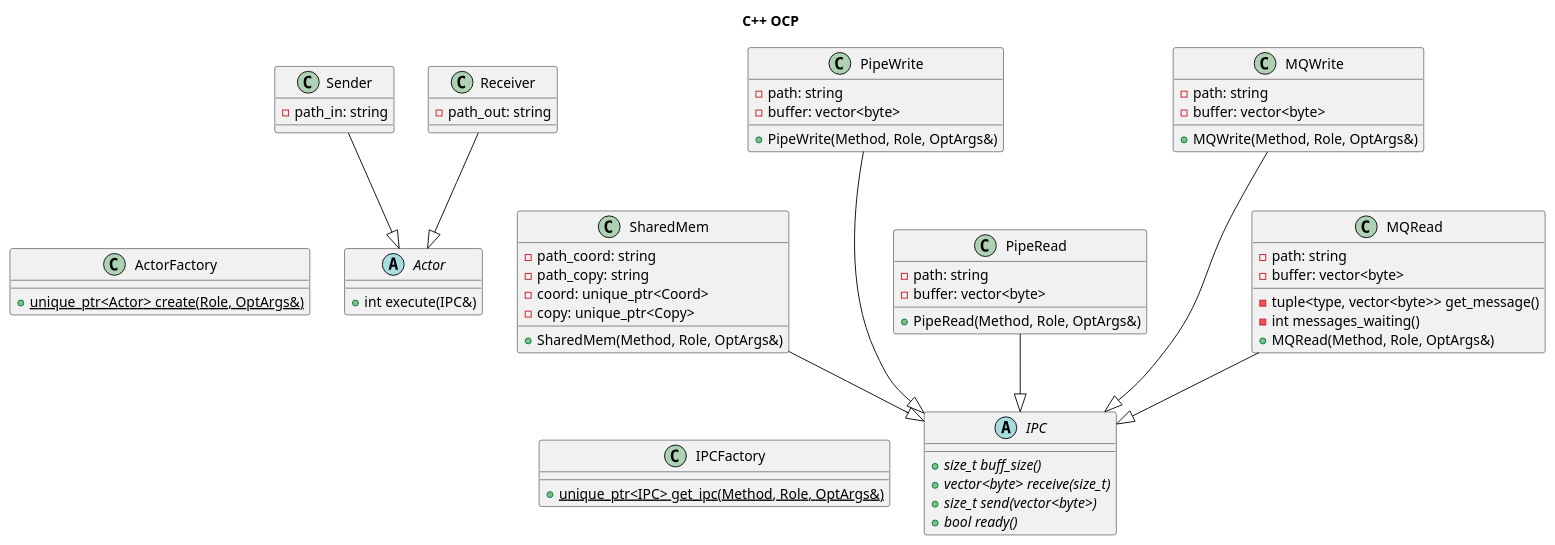
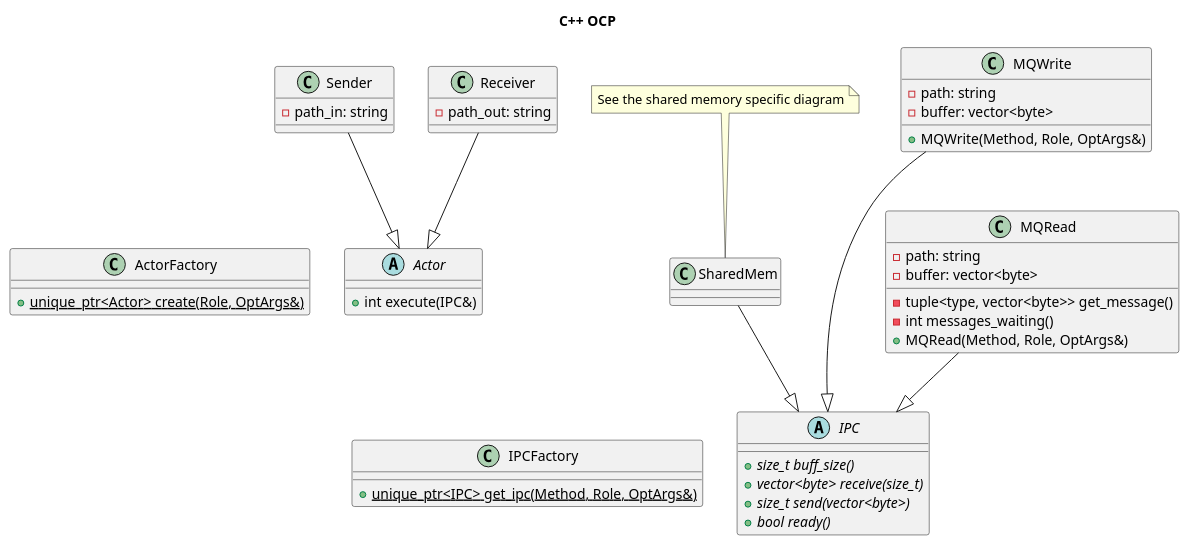
The diagram in docs/plantuml/basic.puml (LorenzoRuffati/oop-ocp-cpp), drawn with PlantUML before and after one commit. The commit also changed other lines of this file and 6 other files, not shown here.

Commit message:
Refine uml diagrams and add links to planttext

```diff
--- a/docs/plantuml/basic.puml
+++ b/docs/plantuml/basic.puml
@@ -1,72 +2,55 @@
 @startuml basic classes
 
 title C++ OCP
 
 abstract class Actor {
   +int execute(IPC&)
 }
 
 abstract class IPC {
   {abstract} +size_t buff_size()
   {abstract} +vector<byte> receive(size_t)
   {abstract} +size_t send(vector<byte>)
   {abstract} +bool ready()
 }
 
 
 class SharedMem{
-    -path_coord: string
-    -path_copy: string
-    -coord: unique_ptr<Coord>
-    -copy: unique_ptr<Copy>
-    +SharedMem(Method, Role, OptArgs&)
 }
-class PipeRead{
-    -path: string
-    -buffer: vector<byte>
-    +PipeRead(Method, Role, OptArgs&)
-}
-class PipeWrite{
-    -path: string
-    -buffer: vector<byte>
-    +PipeWrite(Method, Role, OptArgs&)
-}
+note top: See the shared memory specific diagram
 class MQRead {
     -path: string
     -buffer: vector<byte>
     -tuple<type, vector<byte>> get_message()
     -int messages_waiting()
     +MQRead(Method, Role, OptArgs&)
 }
 class MQWrite {
     -path: string
     -buffer: vector<byte>
     +MQWrite(Method, Role, OptArgs&)
 }
 SharedMem --|> IPC
-PipeRead --|> IPC
-PipeWrite --|> IPC
 MQRead --|> IPC
 MQWrite --|> IPC
 
 class Sender{
     -path_in: string
 }
 class Receiver{
     -path_out: string
 }
 Sender --|> Actor
 Receiver --|> Actor
 
 class ActorFactory {
   {static} +unique_ptr<Actor> create(Role, OptArgs&)
 }
 class IPCFactory {
   {static} +unique_ptr<IPC> get_ipc(Method, Role, OptArgs&)
 }
 
 ActorFactory -[hidden] Actor
 IPCFactory -[hidden] IPC
 MQWrite -[hidden]- MQRead
-PipeWrite -[hidden]- PipeRead
 @enduml
```
